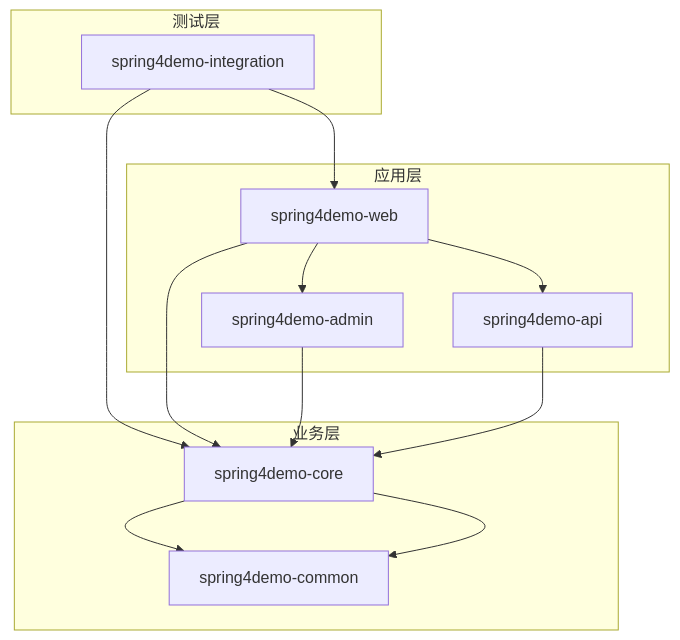
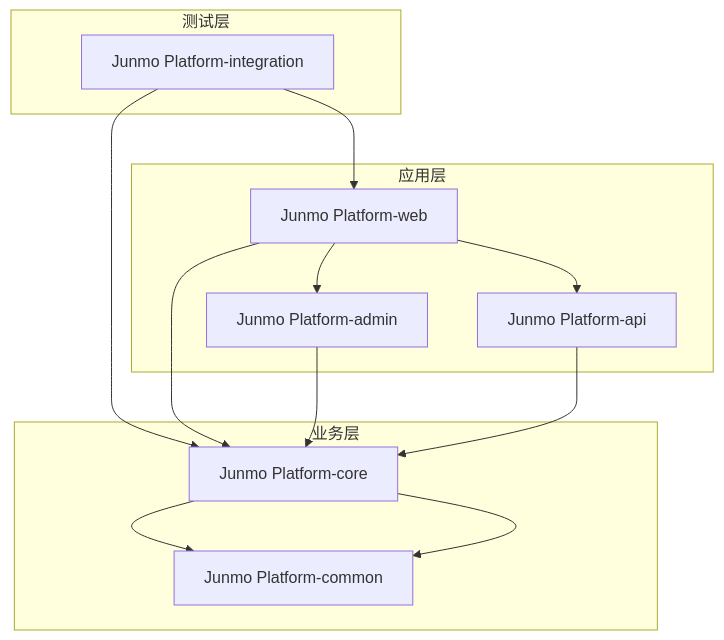
Before and after one commit to ylzyd12345/springboot-study: the diagram in docs/01-规划设计层/05-项目结构设计.md, drawn with Mermaid. The commit also changed other lines of this file and 63 other files, not shown here.

Commit message:
spring4demo

````diff
--- a/docs/01-规划设计层/05-项目结构设计.md
+++ b/docs/01-规划设计层/05-项目结构设计.md
@@ -564,21 +564,21 @@
 ```mermaid
 graph TB
     subgraph "应用层"
-        A[spring4demo-web] --> B[spring4demo-admin]
-        A --> C[spring4demo-api]
+        A[Junmo Platform-web] --> B[Junmo Platform-admin]
+        A --> C[Junmo Platform-api]
     end
     
     subgraph "业务层"
-        D[spring4demo-core] --> E[spring4demo-common]
+        D[Junmo Platform-core] --> E[Junmo Platform-common]
     end
     
     subgraph "测试层"
-        F[spring4demo-integration] --> A
+        F[Junmo Platform-integration] --> A
         F --> D
     end
     
     A --> D
     B --> D
     C --> D
     D --> E
 ```
````
